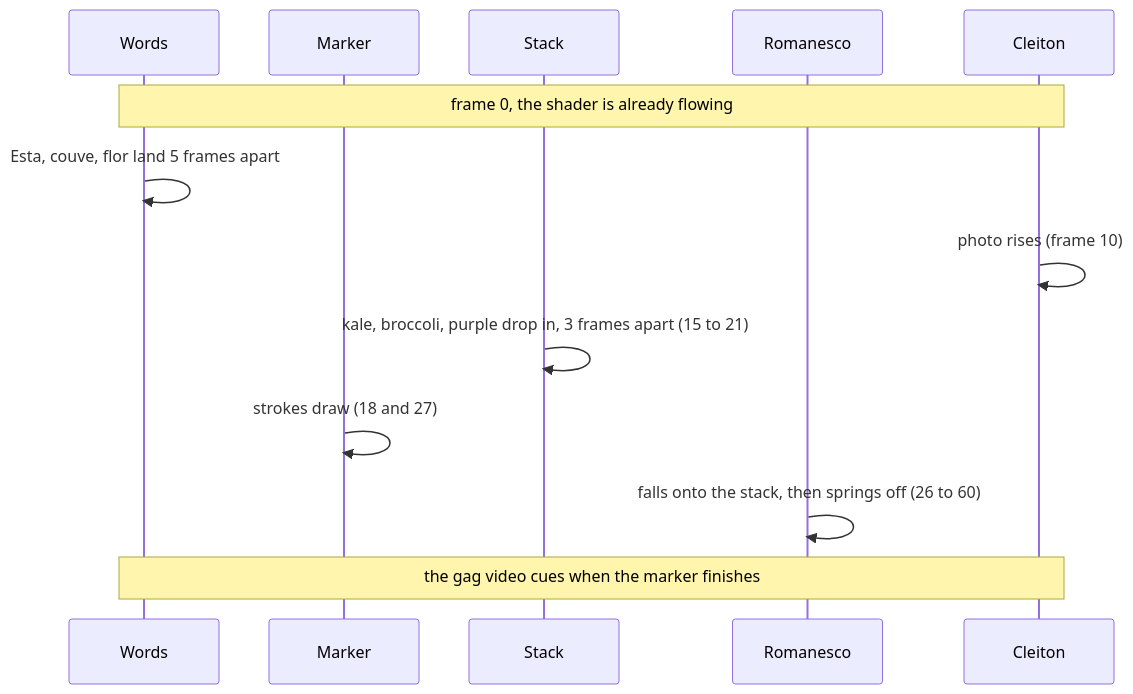
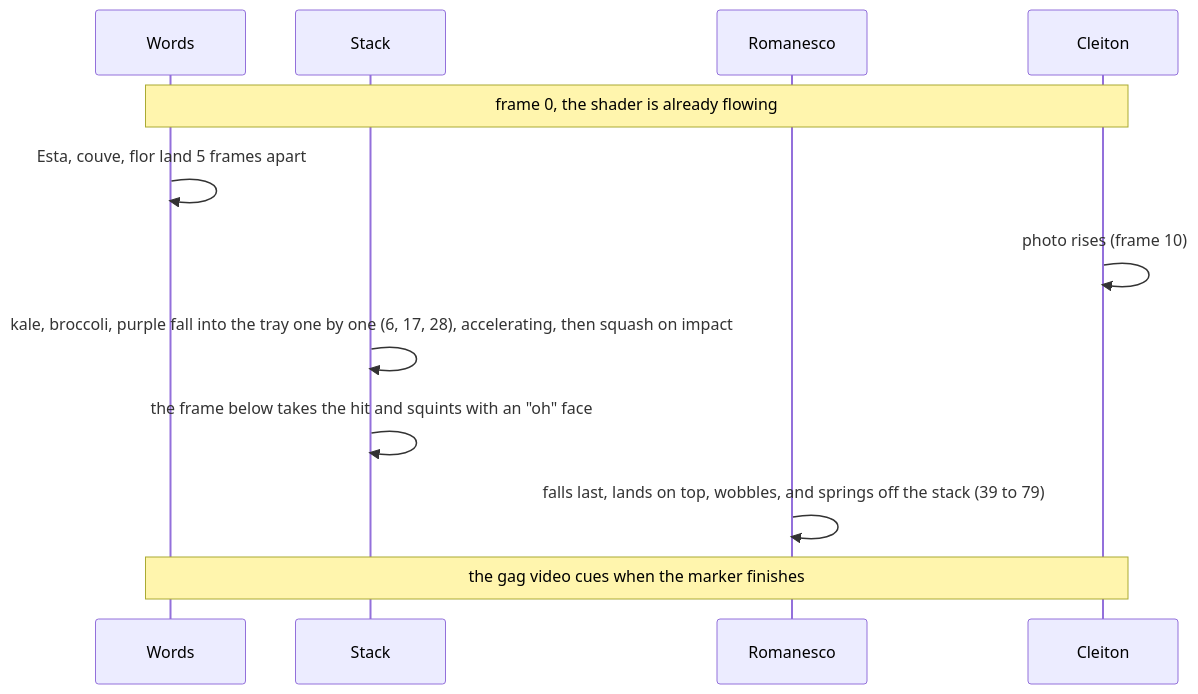
Before and after one commit to klaygomes/klaygomes.github.io: the fourth of 4 diagrams in docs/design.md, drawn with Mermaid. The commit also changed other lines of this file and 5 other files, not shown here.

First line of the commit message:
feat: fill the stack by dropping each frame in turn, with smaller vegetables so the stack reads

````diff
--- a/docs/design.md
+++ b/docs/design.md
@@ -121,15 +122,14 @@
 ```mermaid
 sequenceDiagram
   participant W as Words
-  participant M as Marker
   participant S as Stack
   participant R as Romanesco
   participant C as Cleiton
   Note over W,C: frame 0, the shader is already flowing
   W->>W: Esta, couve, flor land 5 frames apart
   C->>C: photo rises (frame 10)
-  S->>S: kale, broccoli, purple drop in, 3 frames apart (15 to 21)
-  M->>M: strokes draw (18 and 27)
-  R->>R: falls onto the stack, then springs off (26 to 60)
+  S->>S: kale, broccoli, purple fall into the tray one by one (6, 17, 28), accelerating, then squash on impact
+  S->>S: the frame below takes the hit and squints with an "oh" face
+  R->>R: falls last, lands on top, wobbles, and springs off the stack (39 to 79)
   Note over W,C: the gag video cues when the marker finishes
 ```
````
